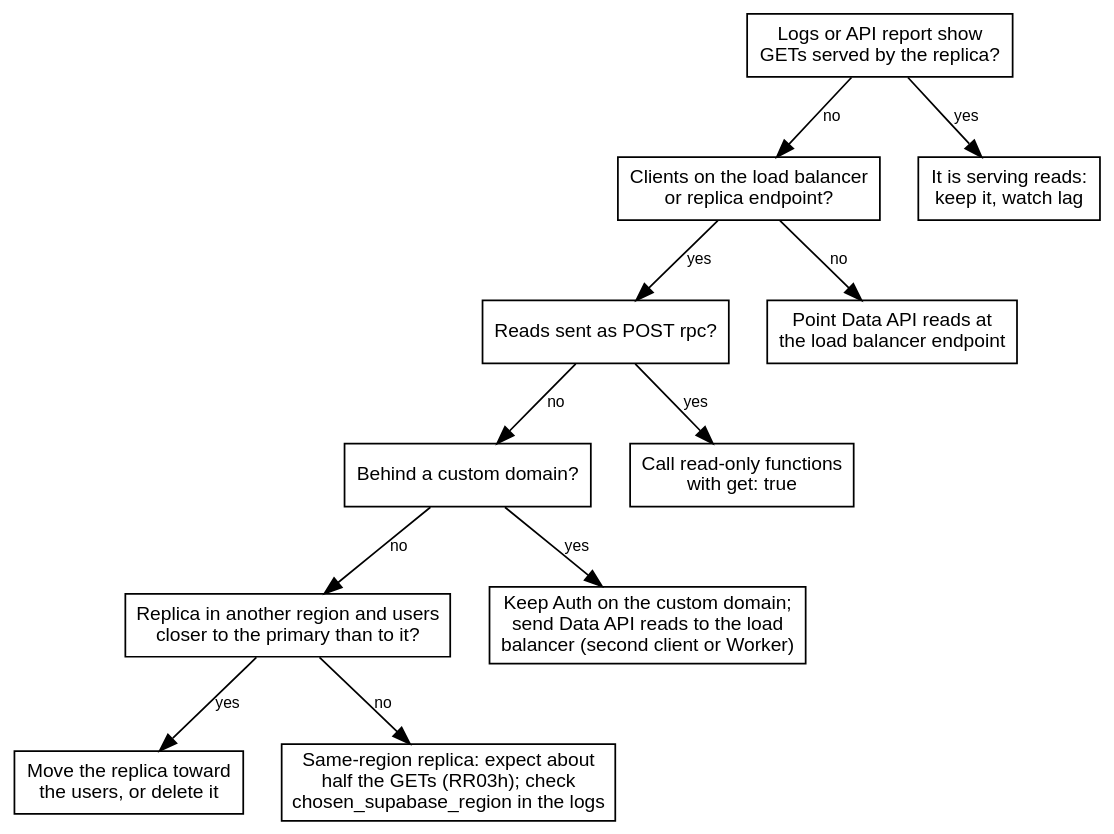
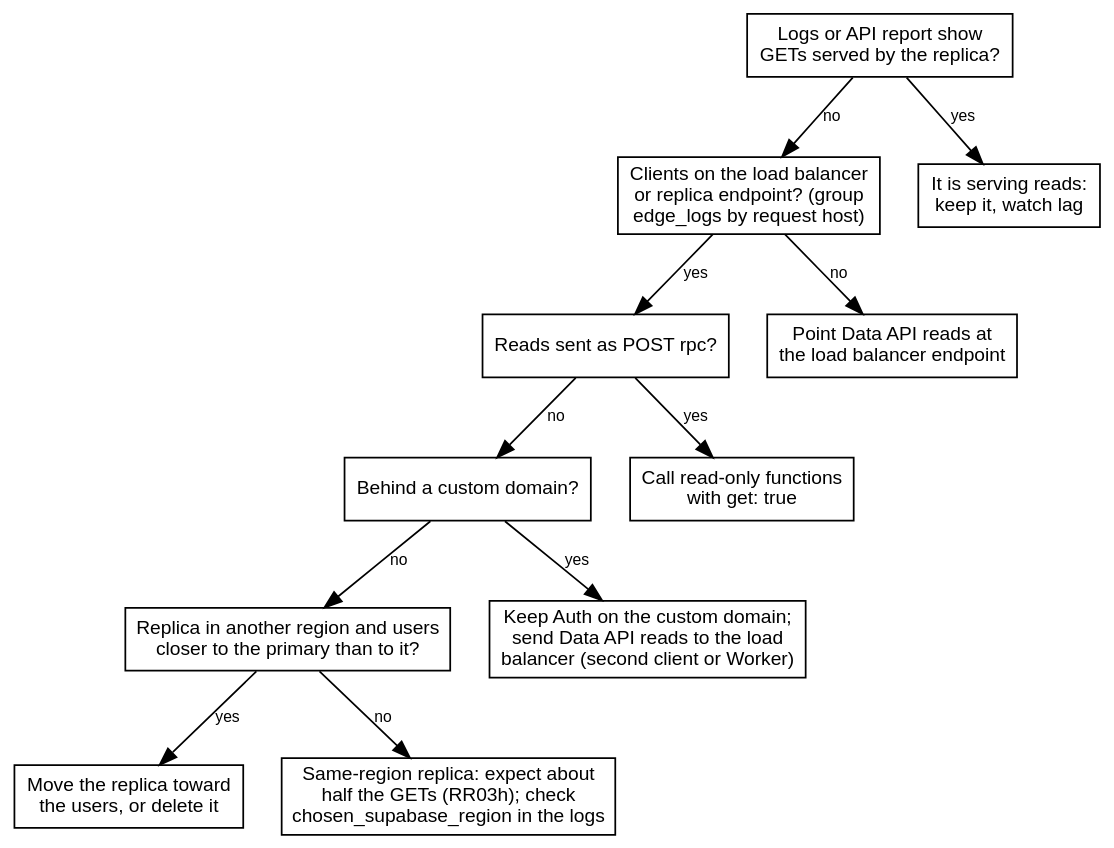
Before and after one commit to erfianugrah/lexicanum: the first of 2 diagrams in src/content/docs/reference/supabase-read-replicas.mdx, drawn with Graphviz. The commit also changed other lines of this file and 3 other files, not shown here.

````diff
--- a/src/content/docs/reference/supabase-read-replicas.mdx
+++ b/src/content/docs/reference/supabase-read-replicas.mdx
@@ -48,31 +51,31 @@
 ```dot
 digraph {
   rankdir=TB; bgcolor="transparent"; nodesep=0.3; ranksep=0.5;
   fontname="Helvetica,Arial,sans-serif";
   node [fontname="Helvetica,Arial,sans-serif", fontsize=11, shape=box];
   edge [fontname="Helvetica,Arial,sans-serif", fontsize=9];
 
   q1 [label="Logs or API report show\nGETs served by the replica?"];
-  q2 [label="Clients on the load balancer\nor replica endpoint?"];
+  q2 [label="Clients on the load balancer\nor replica endpoint? (group\nedge_logs by request host)"];
   q3 [label="Reads sent as POST rpc?"];
   q4 [label="Behind a custom domain?"];
   q5 [label="Replica in another region and users\ncloser to the primary than to it?"];
   ok [label="It is serving reads:\nkeep it, watch lag"];
   a2 [label="Point Data API reads at\nthe load balancer endpoint"];
   a3 [label="Call read-only functions\nwith get: true"];
   a4 [label="Keep Auth on the custom domain;\nsend Data API reads to the load\nbalancer (second client or Worker)"];
   a5 [label="Move the replica toward\nthe users, or delete it"];
   a6 [label="Same-region replica: expect about\nhalf the GETs (RR03h); check\nchosen_supabase_region in the logs"];
 
   q1 -> ok [label="yes"];
   q1 -> q2 [label="no"];
   q2 -> a2 [label="no"];
   q2 -> q3 [label="yes"];
   q3 -> a3 [label="yes"];
   q3 -> q4 [label="no"];
   q4 -> a4 [label="yes"];
   q4 -> q5 [label="no"];
   q5 -> a5 [label="yes"];
   q5 -> a6 [label="no"];
 }
 ```
````
